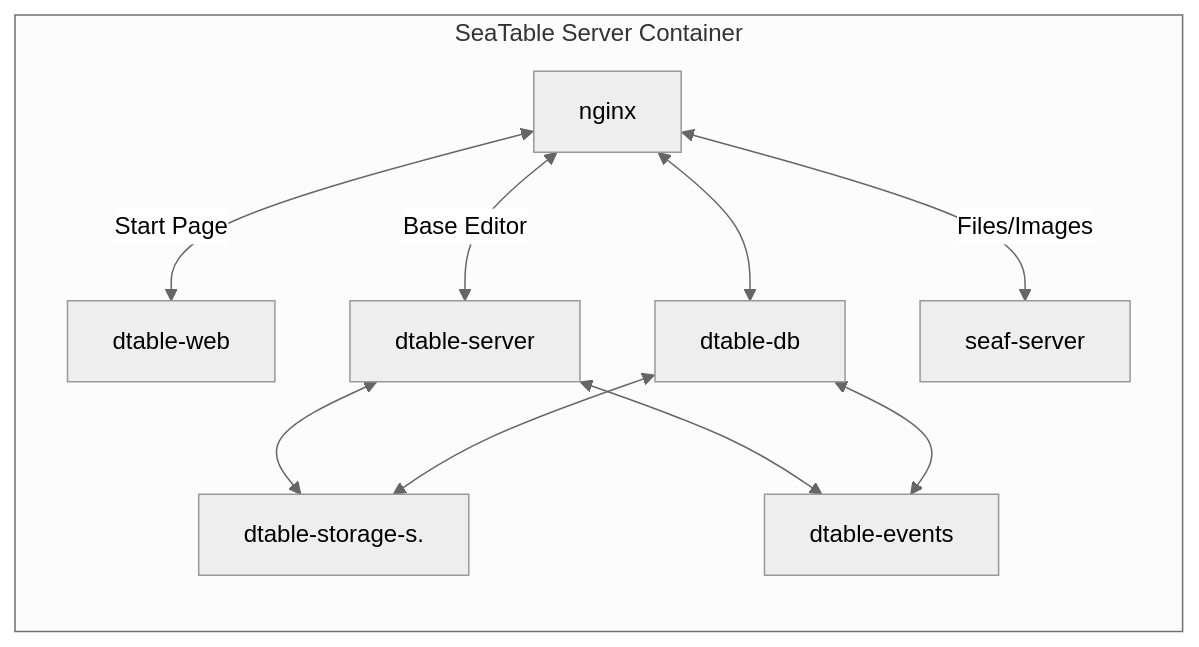
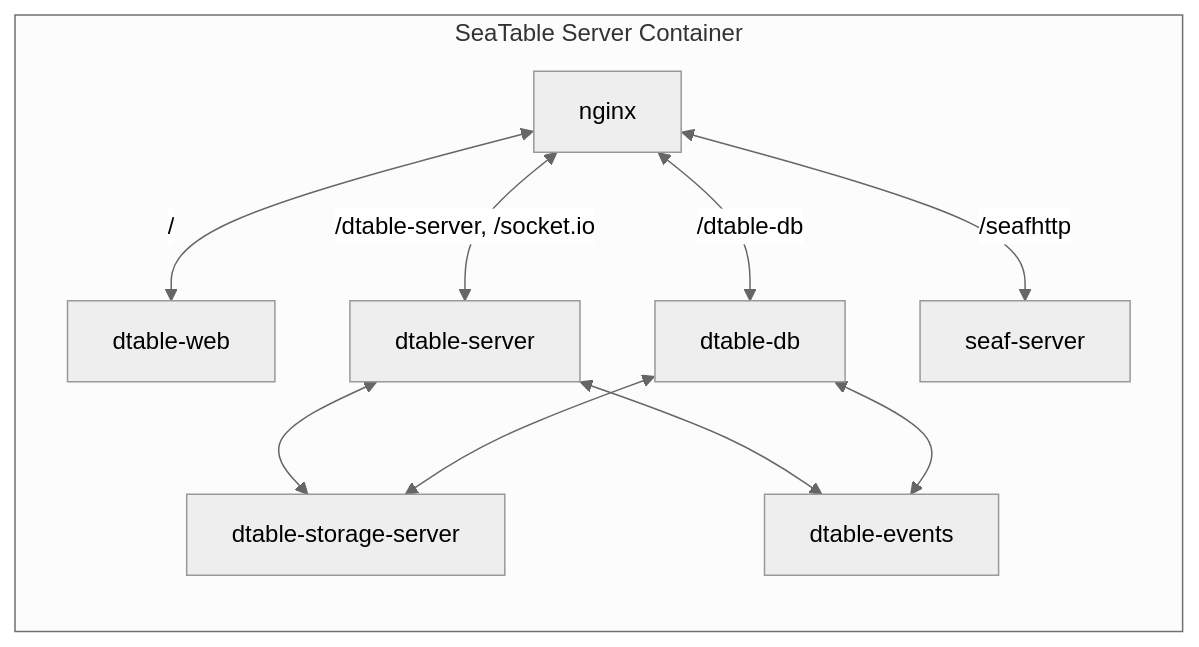
Before and after one commit to seatable/seatable-admin-docs: the second of 2 diagrams in docs/introduction/architecture.md, drawn with Mermaid (neutral theme). The commit also changed other lines of this file, not shown here.

First line of the commit message:
Update architecture.md

````diff
--- a/docs/introduction/architecture.md
+++ b/docs/introduction/architecture.md
@@ -40,20 +40,20 @@
 ```mermaid
 flowchart LR
     subgraph s[SeaTable Server Container]
         A[nginx]
         B[dtable-web]
         C[dtable-server]
         D[dtable-db]
         E[seaf-server]
         G[dtable-events]
-        F[dtable-storage-s.]
-        A<-- Start Page -->B
-        A<-- Base Editor -->C
-        A<-->D
-        A<-- Files/Images -->E
+        F[dtable-storage-server]
+        A<-- / -->B
+        A<-- /dtable-server, /socket.io -->C
+        A<-- /dtable-db -->D
+        A<-- /seafhttp -->E
         C<-->F
         D<-->F
         C<-->G
         D<-->G
     end
 ```
````
